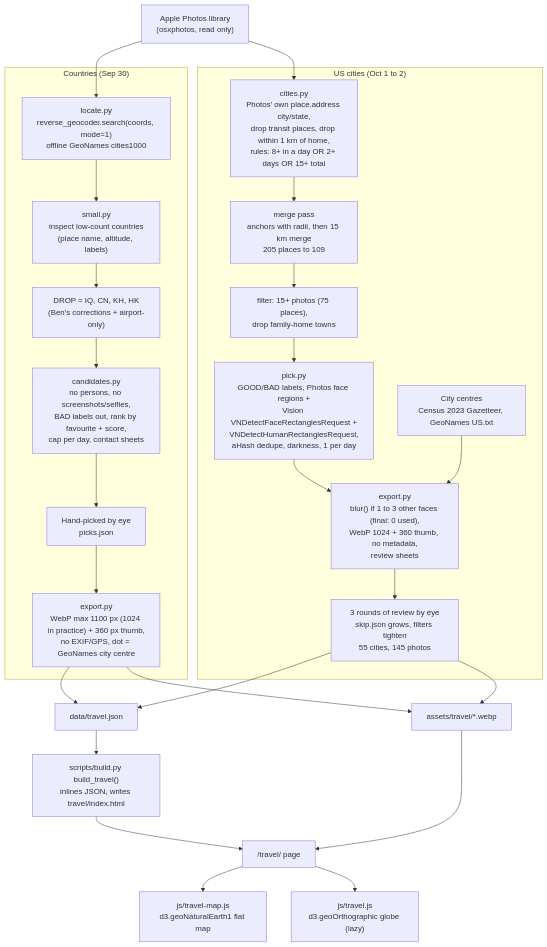
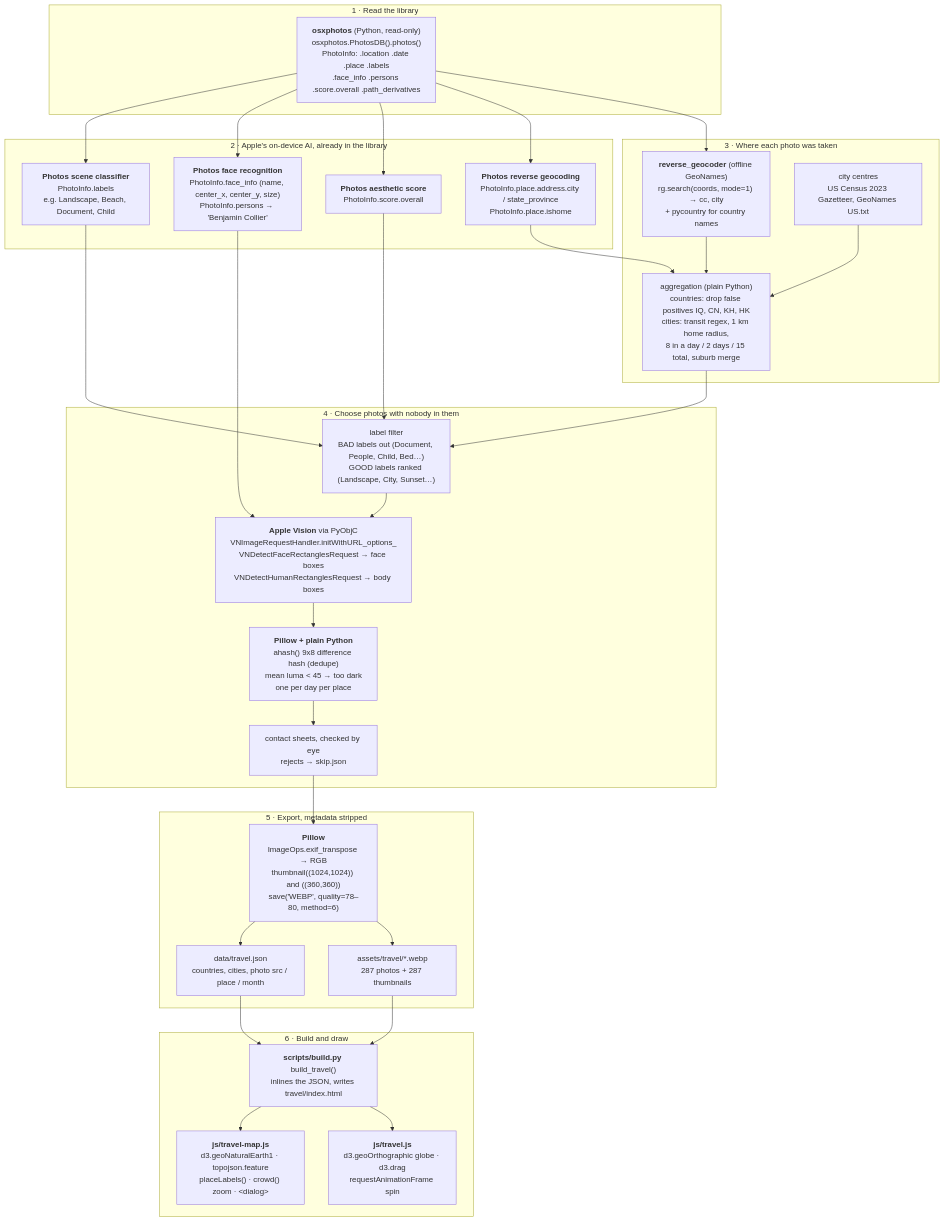
One commit to bcollier/ben.collier.phd changed the diagram in travel/README.md. Above: the diagram before and after it, drawn with Mermaid. The commit also changed other lines of this file, not shown here.

Commit message:
Travel README: data-flow diagram names the code and API at every step (#137)
Claude-Session: https://claude.ai/code/session_01Rm4oGHD3mxsNsuDDCaCMGC

````diff
--- a/travel/README.md
+++ b/travel/README.md
@@ -28,42 +30,54 @@
 ```mermaid
-flowchart TD
-  P["Apple Photos library<br/>(osxphotos, read only)"]
-
-  subgraph C["Countries (Sep 30)"]
-    L["locate.py<br/>reverse_geocoder.search(coords, mode=1)<br/>offline GeoNames cities1000"]
-    S["small.py<br/>inspect low-count countries<br/>(place name, altitude, labels)"]
-    D["DROP = IQ, CN, KH, HK<br/>(Ben's corrections + airport-only)"]
-    K["candidates.py<br/>no persons, no screenshots/selfies,<br/>BAD labels out, rank by favourite + score,<br/>cap per day, contact sheets"]
-    H["Hand-picked by eye<br/>picks.json"]
-    E1["export.py<br/>WebP max 1100 px (1024 in practice) + 360 px thumb,<br/>no EXIF/GPS, dot = GeoNames city centre"]
+flowchart TB
+  subgraph LIB["1 · Read the library"]
+    P["<b>osxphotos</b> (Python, read-only)<br/>osxphotos.PhotosDB().photos()<br/>PhotoInfo: .location .date .place .labels<br/>.face_info .persons .score.overall .path_derivatives"]
   end
 
-  subgraph U["US cities (Oct 1 to 2)"]
-    CI["cities.py<br/>Photos' own place.address city/state,<br/>drop transit places, drop within 1 km of home,<br/>rules: 8+ in a day OR 2+ days OR 15+ total"]
-    M["merge pass<br/>anchors with radii, then 15 km merge<br/>205 places to 109"]
-    F["filter: 15+ photos (75 places),<br/>drop family-home towns"]
-    PK["pick.py<br/>GOOD/BAD labels, Photos face regions +<br/>Vision VNDetectFaceRectanglesRequest +<br/>VNDetectHumanRectanglesRequest,<br/>aHash dedupe, darkness, 1 per day"]
-    G["City centres<br/>Census 2023 Gazetteer, GeoNames US.txt"]
-    E2["export.py<br/>blur() if 1 to 3 other faces (final: 0 used),<br/>WebP 1024 + 360 thumb, no metadata,<br/>review sheets"]
-    R["3 rounds of review by eye<br/>skip.json grows, filters tighten<br/>55 cities, 145 photos"]
+  subgraph ML["2 · Apple's on-device AI, already in the library"]
+    LB["<b>Photos scene classifier</b><br/>PhotoInfo.labels<br/>e.g. Landscape, Beach, Document, Child"]
+    FC["<b>Photos face recognition</b><br/>PhotoInfo.face_info (name, center_x, center_y, size)<br/>PhotoInfo.persons → 'Benjamin Collier'"]
+    SC["<b>Photos aesthetic score</b><br/>PhotoInfo.score.overall"]
+    PL["<b>Photos reverse geocoding</b><br/>PhotoInfo.place.address.city / state_province<br/>PhotoInfo.place.ishome"]
   end
 
-  J["data/travel.json"]
-  A["assets/travel/*.webp"]
-  B["scripts/build.py build_travel()<br/>inlines JSON, writes travel/index.html"]
-  T["/travel/ page"]
-  TM["js/travel-map.js<br/>d3.geoNaturalEarth1 flat map"]
-  TG["js/travel.js<br/>d3.geoOrthographic globe (lazy)"]
+  subgraph GEO["3 · Where each photo was taken"]
+    RG["<b>reverse_geocoder</b> (offline GeoNames)<br/>rg.search(coords, mode=1) → cc, city<br/>+ pycountry for country names"]
+    AG["aggregation (plain Python)<br/>countries: drop false positives IQ, CN, KH, HK<br/>cities: transit regex, 1 km home radius,<br/>8 in a day / 2 days / 15 total, suburb merge"]
+    CE["city centres<br/>US Census 2023 Gazetteer, GeoNames US.txt"]
+  end
 
-  P --> L --> S --> D --> K --> H --> E1
-  P --> CI --> M --> F --> PK --> E2 --> R
-  G --> E2
-  E1 --> J
-  E1 --> A
-  R --> J
-  R --> A
-  J --> B --> T
-  A --> T
-  T --> TM
-  T --> TG
+  subgraph PICK["4 · Choose photos with nobody in them"]
+    F1["label filter<br/>BAD labels out (Document, People, Child, Bed…)<br/>GOOD labels ranked (Landscape, City, Sunset…)"]
+    V["<b>Apple Vision</b> via PyObjC<br/>VNImageRequestHandler.initWithURL_options_<br/>VNDetectFaceRectanglesRequest → face boxes<br/>VNDetectHumanRectanglesRequest → body boxes"]
+    Q["<b>Pillow + plain Python</b><br/>ahash() 9x8 difference hash (dedupe)<br/>mean luma &lt; 45 → too dark<br/>one per day per place"]
+    EYE["contact sheets, checked by eye<br/>rejects → skip.json"]
+  end
+
+  subgraph OUT["5 · Export, metadata stripped"]
+    EX["<b>Pillow</b><br/>ImageOps.exif_transpose → RGB<br/>thumbnail((1024,1024)) and ((360,360))<br/>save('WEBP', quality=78–80, method=6)"]
+    J["data/travel.json<br/>countries, cities, photo src / place / month"]
+    A["assets/travel/*.webp<br/>287 photos + 287 thumbnails"]
+  end
+
+  subgraph WEB["6 · Build and draw"]
+    B["<b>scripts/build.py</b> build_travel()<br/>inlines the JSON, writes travel/index.html"]
+    TM["<b>js/travel-map.js</b><br/>d3.geoNaturalEarth1 · topojson.feature<br/>placeLabels() · crowd() zoom · &lt;dialog&gt;"]
+    TG["<b>js/travel.js</b><br/>d3.geoOrthographic globe · d3.drag<br/>requestAnimationFrame spin"]
+  end
+
+  P --> LB & FC & SC & PL
+  P --> RG
+  PL --> AG
+  RG --> AG
+  CE --> AG
+  AG --> F1
+  LB --> F1
+  SC --> F1
+  F1 --> V
+  FC --> V
+  V --> Q --> EYE --> EX
+  EX --> J & A
+  J --> B
+  A --> B
+  B --> TM & TG
 ```
````
